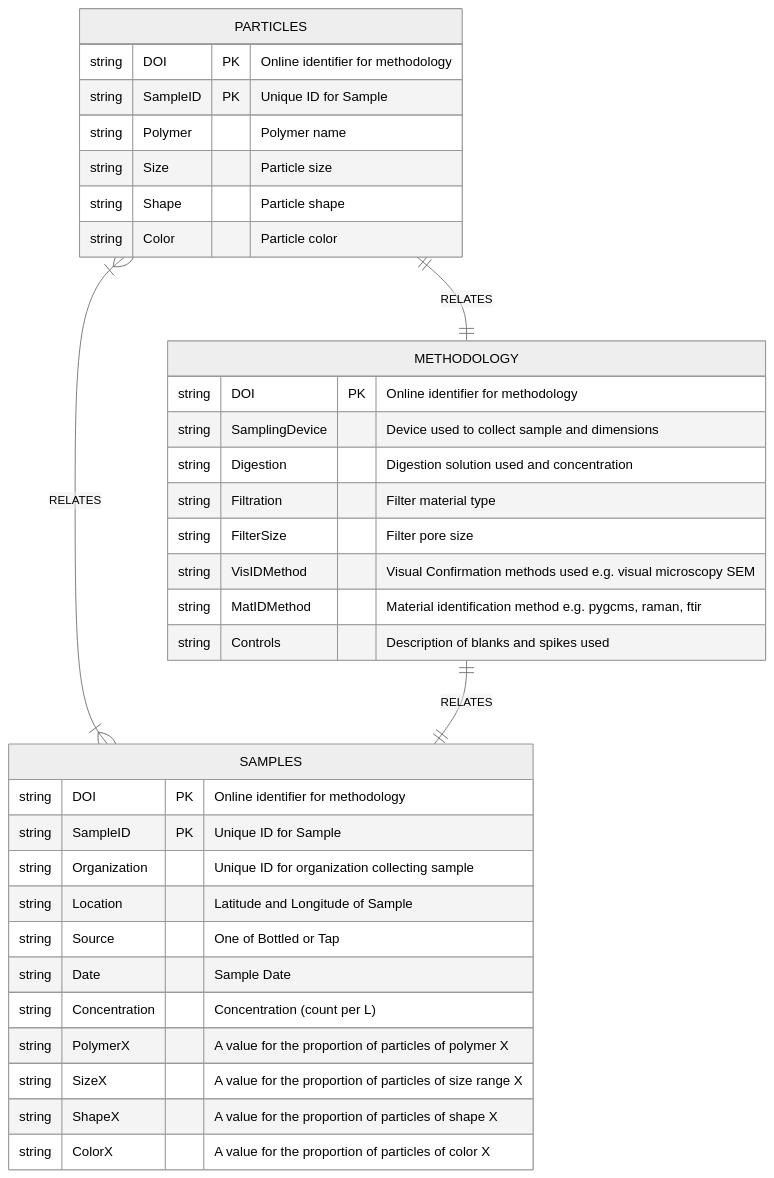
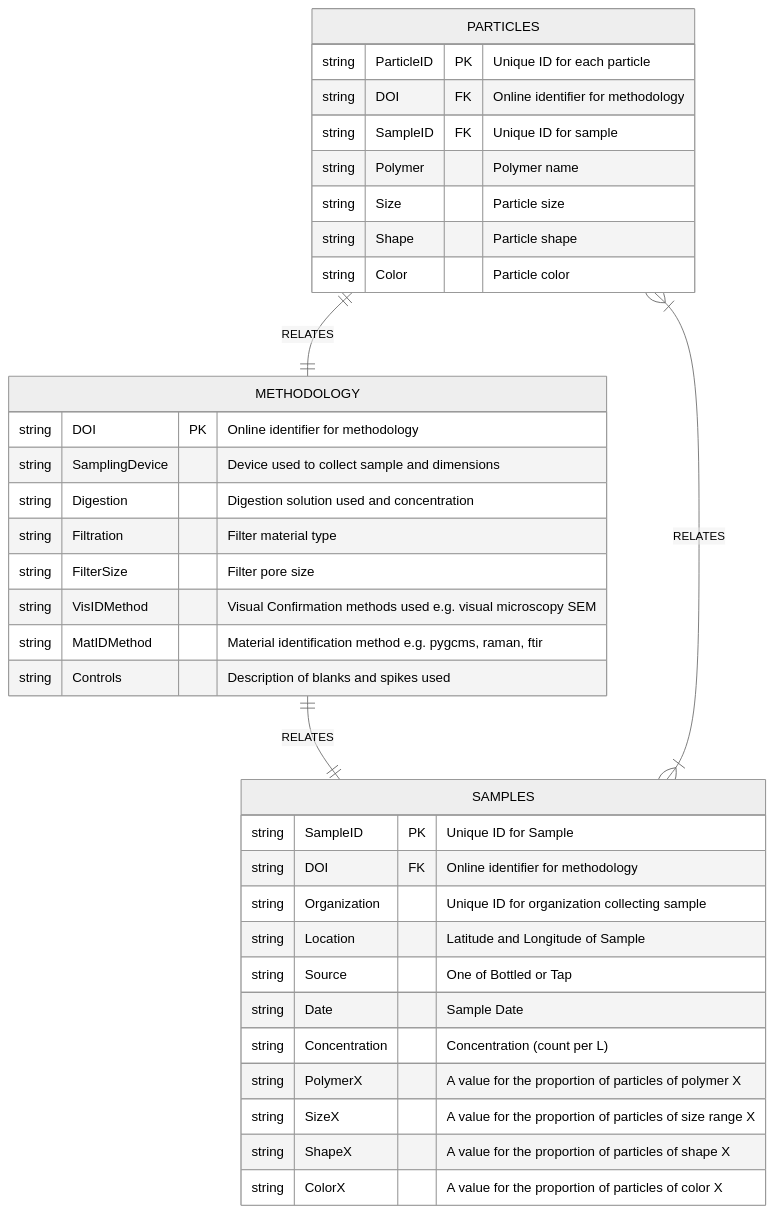
The first of 2 diagrams in README.md (Moore-Institute-4-Plastic-Pollution-Res/Microplastic_Data_Portal), drawn with Mermaid (neutral theme) before and after one commit. The commit also changed other lines of this file, not shown here.

````diff
--- a/README.md
+++ b/README.md
@@ -26,38 +27,39 @@
 ```mermaid
 erDiagram
+    METHODOLOGY ||--|| SAMPLES : RELATES
+    PARTICLES ||--|| METHODOLOGY : RELATES
     PARTICLES }|--|{ SAMPLES : RELATES
-    PARTICLES ||--|| METHODOLOGY : RELATES
-    METHODOLOGY ||--|| SAMPLES : RELATES
 
     SAMPLES {
-        string DOI PK "Online identifier for methodology"
         string SampleID PK "Unique ID for Sample" 
+        string DOI FK "Online identifier for methodology"
         string Organization "Unique ID for organization collecting sample"
         string Location "Latitude and Longitude of Sample"
         string Source "One of Bottled or Tap"
         string Date "Sample Date"
         string Concentration "Concentration (count per L)"
         string PolymerX "A value for the proportion of particles of polymer X"
         string SizeX "A value for the proportion of particles of size range X"
         string ShapeX "A value for the proportion of particles of shape X"
         string ColorX "A value for the proportion of particles of color X"
     }
     PARTICLES {
-        string DOI PK "Online identifier for methodology"
-        string SampleID PK "Unique ID for Sample" 
+        string ParticleID PK "Unique ID for each particle" 
+        string DOI FK "Online identifier for methodology"
+        string SampleID FK "Unique ID for sample" 
         string Polymer "Polymer name"
         string Size "Particle size"
         string Shape "Particle shape"
         string Color "Particle color"
     }
     METHODOLOGY {
         string DOI PK "Online identifier for methodology"
         string SamplingDevice "Device used to collect sample and dimensions"
         string Digestion "Digestion solution used and concentration"
         string Filtration "Filter material type"
         string FilterSize "Filter pore size"
         string VisIDMethod "Visual Confirmation methods used e.g. visual microscopy SEM"
         string MatIDMethod "Material identification method e.g. pygcms, raman, ftir"
         string Controls "Description of blanks and spikes used"
-    }
+    }    
 ```
````
